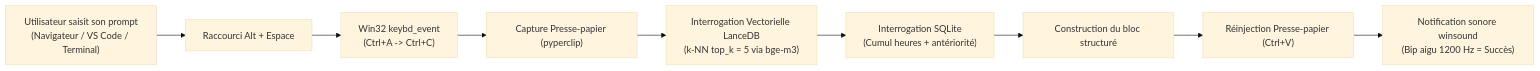
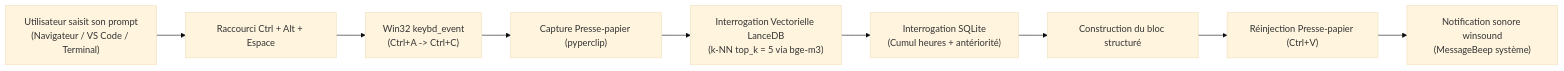
The fourth of 4 diagrams in tech specs/DOCUMENTATION_FONCTIONNELLE_ET_TECHNIQUE.md (jeremsers/cerveau-deux), drawn with Mermaid (base theme) before and after one commit. The commit also changed other lines of this file and 22 other files, not shown here.

````diff
--- a/tech specs/DOCUMENTATION_FONCTIONNELLE_ET_TECHNIQUE.md
+++ b/tech specs/DOCUMENTATION_FONCTIONNELLE_ET_TECHNIQUE.md
@@ -365,11 +369,11 @@
 ```mermaid
 flowchart LR
-    A["Utilisateur saisit son prompt\n(Navigateur / VS Code / Terminal)"] --> B["Raccourci Alt + Espace"]
+    A["Utilisateur saisit son prompt\n(Navigateur / VS Code / Terminal)"] --> B["Raccourci Ctrl + Alt + Espace"]
     B --> C["Win32 keybd_event\n(Ctrl+A -> Ctrl+C)"]
     C --> D["Capture Presse-papier (pyperclip)"]
     D --> E["Interrogation Vectorielle LanceDB\n(k-NN top_k = 5 via bge-m3)"]
     E --> F["Interrogation SQLite\n(Cumul heures + antériorité)"]
     F --> G["Construction du bloc structuré\n<contexte_hippocampe_local>"]
     G --> H["Réinjection Presse-papier (Ctrl+V)"]
-    H --> I["Notification sonore winsound\n(Bip aigu 1200 Hz = Succès)"]
+    H --> I["Notification sonore winsound\n(MessageBeep système)"]
 ```
````
